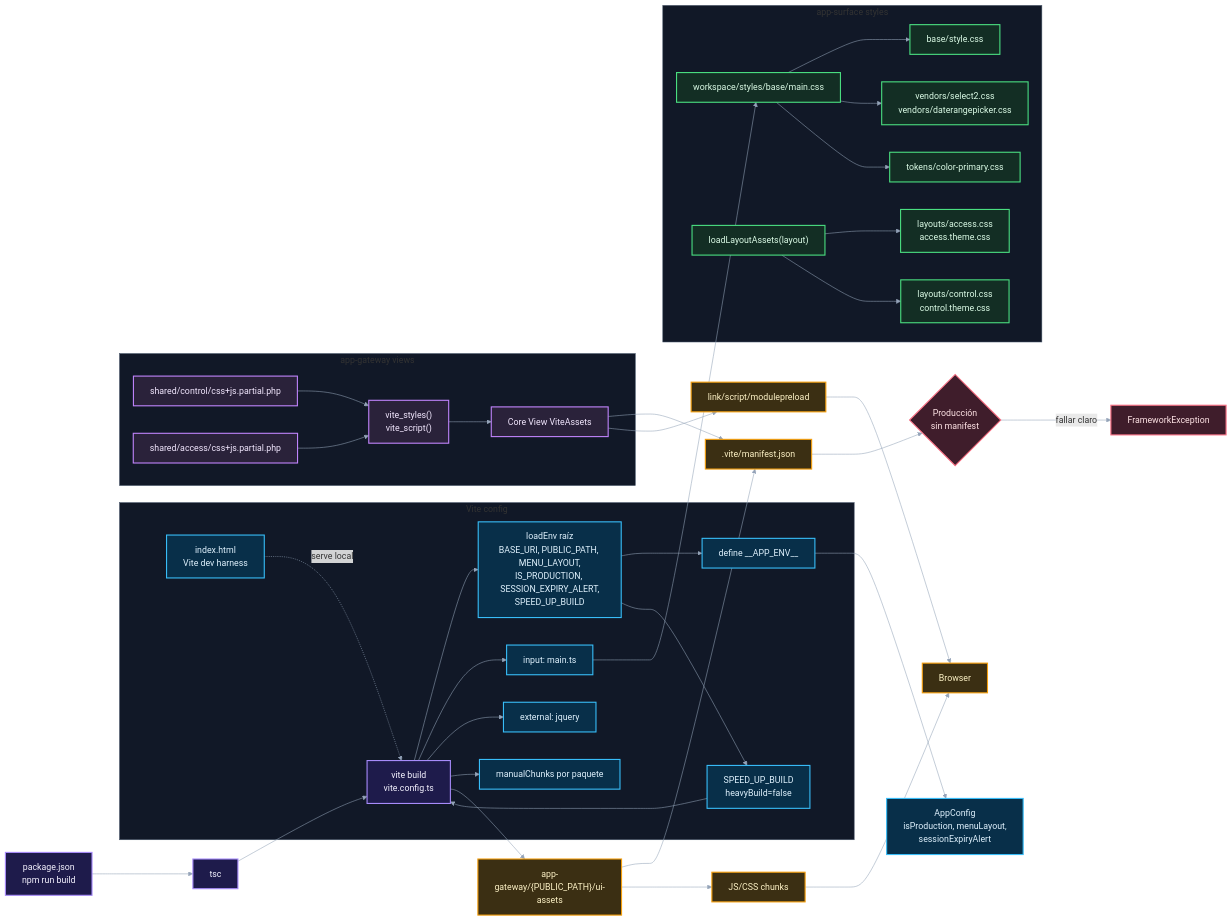
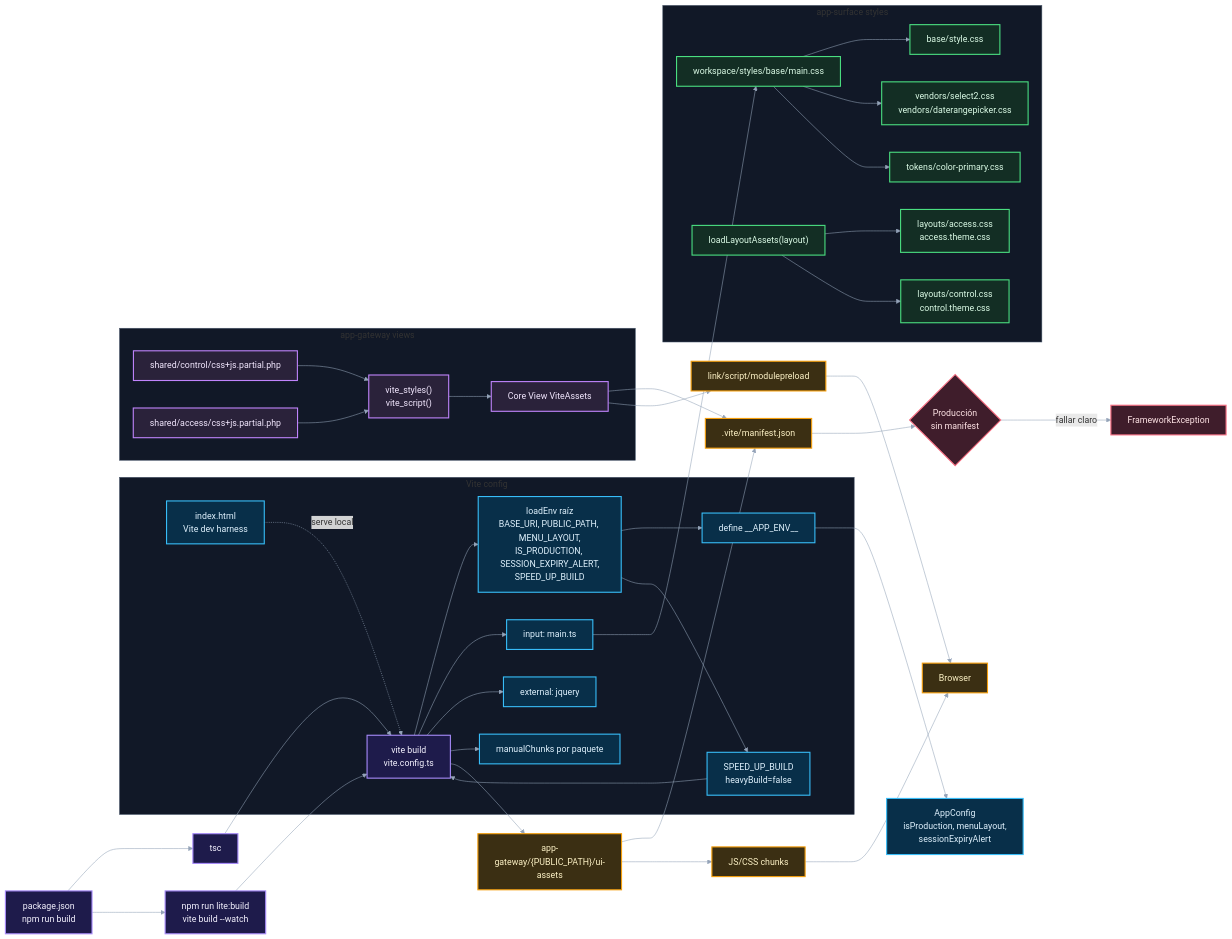
One commit to miniannaGO/guide-uTJ4JegjDi85LN2NirQ59f08Qu0xhf-w3b-pl4tf0rm-c0r3 changed the diagram in diagrams/surface/05-vite-styles-assets.md. Above: the diagram before and after it, drawn with Mermaid. The commit also changed other lines of this file and 33 other files, not shown here.

````diff
--- a/diagrams/surface/05-vite-styles-assets.md
+++ b/diagrams/surface/05-vite-styles-assets.md
@@ -5,63 +5,65 @@
 ```mermaid
 %%{init: {"theme": "Redux Dark", "themeVariables": {"background": "#0B1020", "primaryColor": "#172033", "primaryTextColor": "#F8FAFC", "primaryBorderColor": "#38BDF8", "lineColor": "#94A3B8", "clusterBkg": "#111827", "clusterBorder": "#475569", "fontFamily": "Inter, Segoe UI, Arial"}}}%%
 flowchart LR
   Package["package.json<br/>npm run build"] --> Tsc["tsc"]
+  Package --> LiteBuild["npm run lite:build<br/>vite build --watch"]
   Tsc --> Vite["vite build<br/>vite.config.ts"]
+  LiteBuild --> Vite
 
   subgraph Config["Vite config"]
     IndexHtml["index.html<br/>Vite dev harness"] -. "serve local" .-> Vite
     Vite --> Env["loadEnv raíz<br/>BASE_URI, PUBLIC_PATH, MENU_LAYOUT,<br/>IS_PRODUCTION, SESSION_EXPIRY_ALERT,<br/>SPEED_UP_BUILD"]
     Env --> AppEnv["define __APP_ENV__"]
     Env --> SpeedUp["SPEED_UP_BUILD<br/>heavyBuild=false"]
     Vite --> Input["input: main.ts"]
     Vite --> External["external: jquery"]
     Vite --> Chunks["manualChunks por paquete"]
   end
 
   subgraph SurfaceStyles["app-surface styles"]
     Input --> MainCss["workspace/styles/base/main.css"]
     MainCss --> Base["base/style.css"]
     MainCss --> Vendors["vendors/select2.css<br/>vendors/daterangepicker.css"]
     MainCss --> Tokens["tokens/color-primary.css"]
     Startup["loadLayoutAssets(layout)"] --> AccessCss["layouts/access.css<br/>access.theme.css"]
     Startup --> ControlCss["layouts/control.css<br/>control.theme.css"]
   end
 
   Vite --> Output["app-gateway/{PUBLIC_PATH}/ui-assets"]
   Output --> Manifest[".vite/manifest.json"]
   Output --> JsCss["JS/CSS chunks"]
 
   subgraph GatewayViews["app-gateway views"]
     ControlPartial["shared/control/css+js.partial.php"]
     AccessPartial["shared/access/css+js.partial.php"]
     ViteHelpers["vite_styles()<br/>vite_script()"]
     ViteAssets["Core View ViteAssets"]
   end
 
   ControlPartial --> ViteHelpers
   AccessPartial --> ViteHelpers
   ViteHelpers --> ViteAssets
   ViteAssets --> Manifest
   ViteAssets --> BrowserTags["link/script/modulepreload"]
   BrowserTags --> Browser["Browser"]
   JsCss --> Browser
   AppEnv --> AppConfig["AppConfig<br/>isProduction, menuLayout,<br/>sessionExpiryAlert"]
   SpeedUp --> Vite
 
   MissingManifest{"Producción<br/>sin manifest"} -->|"fallar claro"| Error["FrameworkException"]
   Manifest --> MissingManifest
 
   classDef build fill:#1E1B4B,stroke:#A78BFA,stroke-width:2px,color:#F5F3FF;
   classDef config fill:#082F49,stroke:#38BDF8,stroke-width:2px,color:#E0F2FE;
   classDef styles fill:#132E24,stroke:#4ADE80,stroke-width:2px,color:#DCFCE7;
   classDef output fill:#3B2F13,stroke:#F59E0B,stroke-width:2px,color:#FEF3C7;
   classDef gateway fill:#2A223A,stroke:#C084FC,stroke-width:2px,color:#F3E8FF;
   classDef error fill:#3F1D2B,stroke:#FB7185,stroke-width:2px,color:#FFE4E6;
 
-  class Package,Tsc,Vite build;
+  class Package,Tsc,LiteBuild,Vite build;
   class Env,AppEnv,SpeedUp,Input,External,Chunks,AppConfig,IndexHtml config;
   class MainCss,Base,Vendors,Tokens,Startup,AccessCss,ControlCss styles;
   class Output,Manifest,JsCss,BrowserTags,Browser output;
   class ControlPartial,AccessPartial,ViteHelpers,ViteAssets gateway;
   class MissingManifest,Error error;
 ```
````
